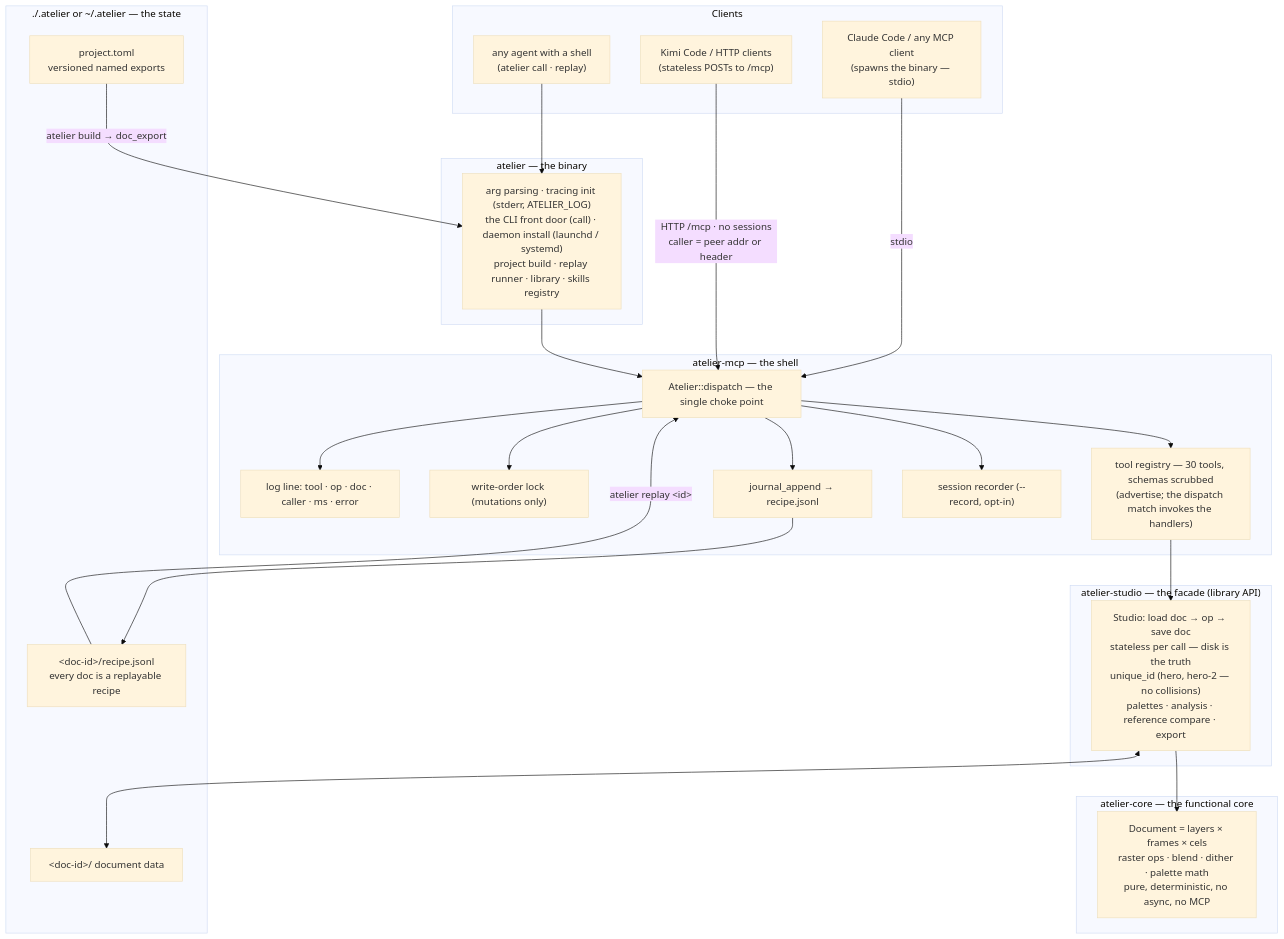
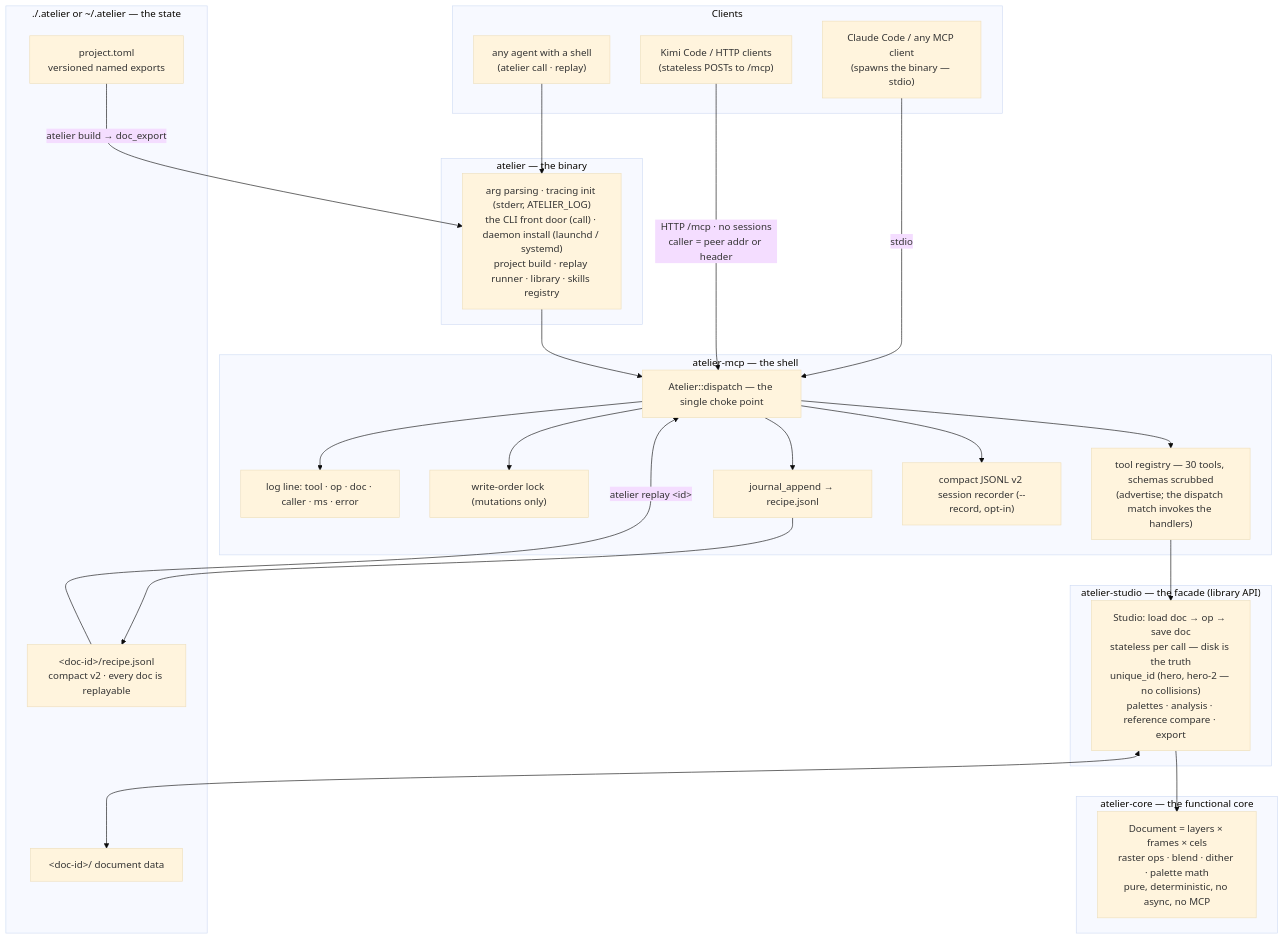
One commit to marmikshah/atelier changed the diagram in docs/ARCHITECTURE.md. Above: the diagram before and after it, drawn with Mermaid (base theme). The commit also changed other lines of this file and 14 other files, not shown here.

Commit message:
Add compact recipe JSONL v2

````diff
--- a/docs/ARCHITECTURE.md
+++ b/docs/ARCHITECTURE.md
@@ -43,51 +43,51 @@
 ```mermaid
 flowchart TB
     subgraph clients["Clients"]
         shell["any agent with a shell<br/>(atelier call · replay)"]
         cc["Claude Code / any MCP client<br/>(spawns the binary — stdio)"]
         kimi["Kimi Code / HTTP clients<br/>(stateless POSTs to /mcp)"]
     end
 
     subgraph bin["atelier — the binary"]
         main["arg parsing · tracing init (stderr, ATELIER_LOG)<br/>the CLI front door (call) · daemon install (launchd / systemd)<br/>project build · replay runner · library · skills registry"]
     end
 
     subgraph mcp["atelier-mcp — the shell"]
         dispatch["Atelier::dispatch — the single choke point"]
         log["log line: tool · op · doc · caller · ms · error"]
         order["write-order lock (mutations only)"]
         router["tool registry — 30 tools, schemas scrubbed<br/>(advertise; the dispatch match invokes the handlers)"]
         journal["journal_append → recipe.jsonl"]
-        recorder["session recorder (--record, opt-in)"]
+        recorder["compact JSONL v2 session recorder (--record, opt-in)"]
     end
 
     subgraph studio["atelier-studio — the facade (library API)"]
         facade["Studio: load doc → op → save doc<br/>stateless per call — disk is the truth<br/>unique_id (hero, hero-2 — no collisions)<br/>palettes · analysis · reference compare · export"]
     end
 
     subgraph core["atelier-core — the functional core"]
         model["Document = layers × frames × cels<br/>raster ops · blend · dither · palette math<br/>pure, deterministic, no async, no MCP"]
     end
 
     subgraph disk["./.atelier or ~/.atelier — the state"]
         manifest["project.toml<br/>versioned named exports"]
         store["&lt;doc-id&gt;/ document data"]
-        recipe["&lt;doc-id&gt;/recipe.jsonl<br/>every doc is a replayable recipe"]
+        recipe["&lt;doc-id&gt;/recipe.jsonl<br/>compact v2 · every doc is replayable"]
     end
 
     shell --> main
     cc -- stdio --> dispatch
     kimi -- "HTTP /mcp · no sessions<br/>caller = peer addr or header" --> dispatch
     main --> dispatch
     manifest -- "atelier build → doc_export" --> main
     dispatch --> log
     dispatch --> order
     dispatch --> router
     dispatch --> journal
     dispatch --> recorder
     router --> facade
     facade --> model
     facade <--> store
     journal --> recipe
     recipe -- "atelier replay &lt;id&gt;" --> dispatch
 ```
````
